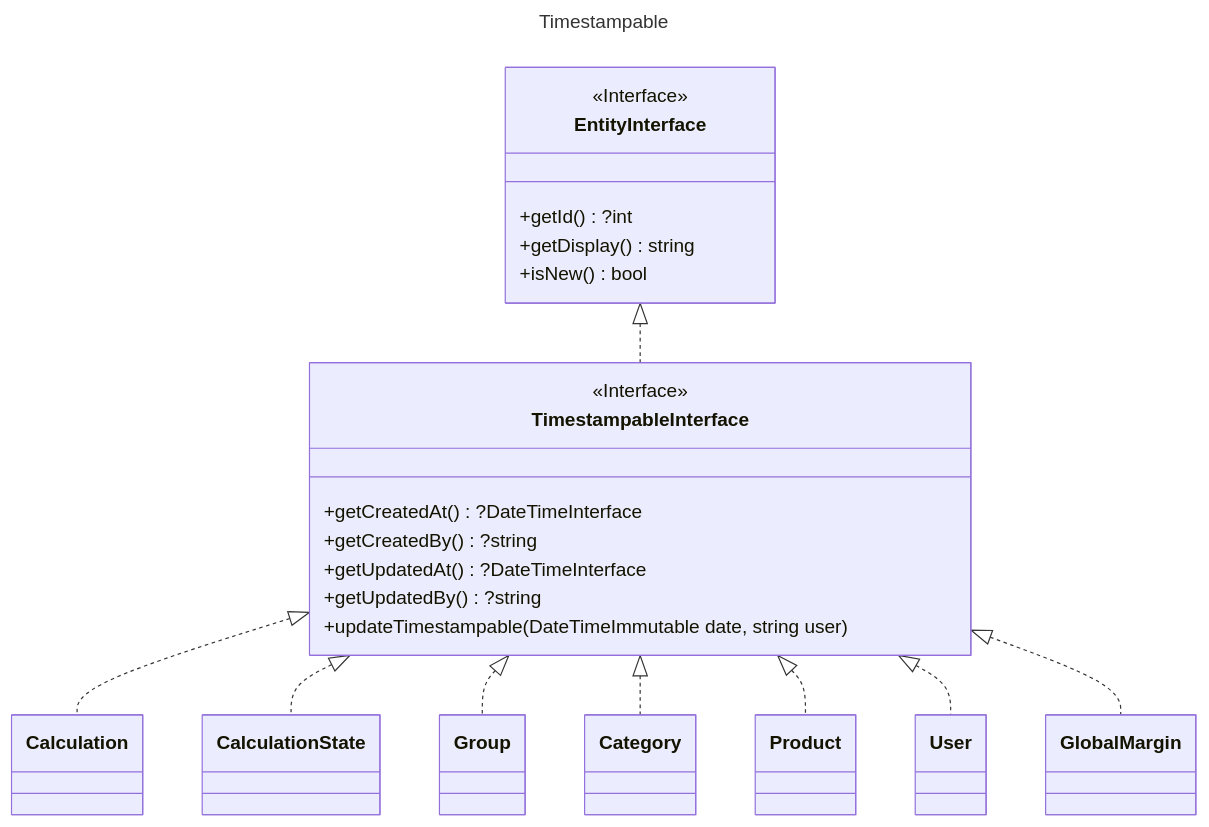
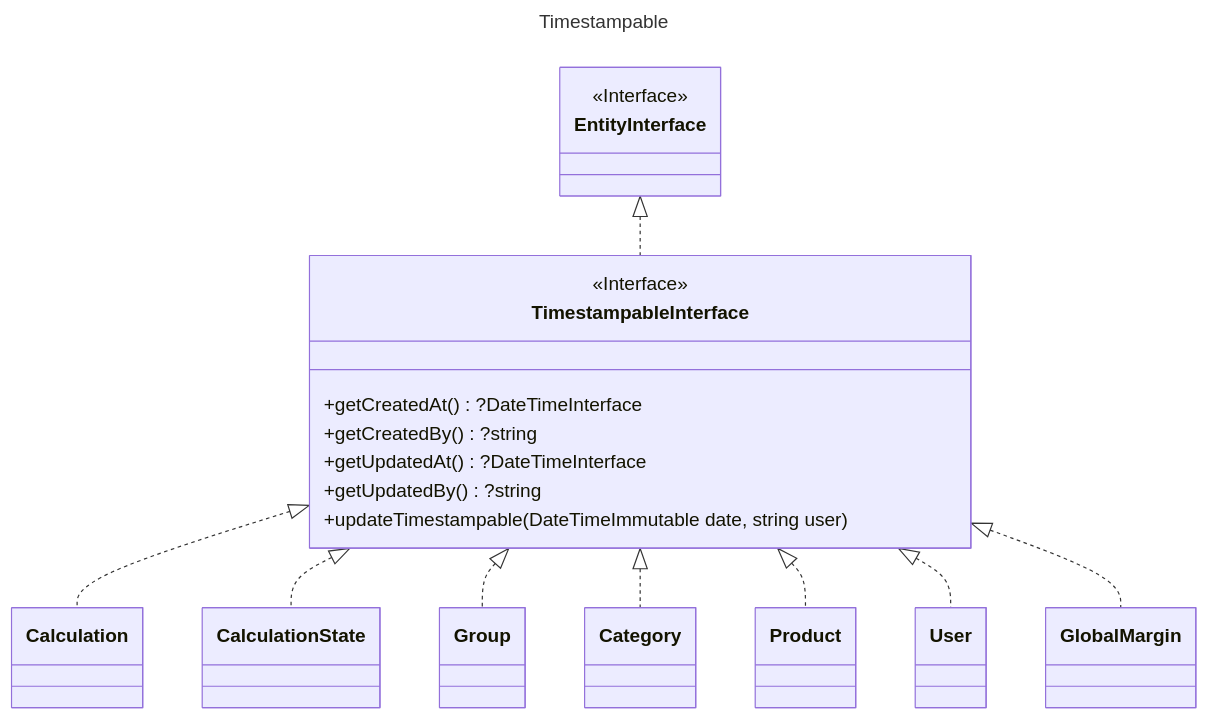
Before and after one commit to laurentmuller/calculation: the diagram in resources/diagram/time_stampable.mmd, drawn with Mermaid. The commit also changed 19 other files, not shown here.

Commit message:
Updated CSS and JS diagram.

```diff
--- a/resources/diagram/time_stampable.mmd
+++ b/resources/diagram/time_stampable.mmd
@@ -1,54 +1,51 @@
 ---
 title: Timestampable
 ---
 
 classDiagram
     direction TB
 
     class EntityInterface {
         <<Interface>>
-        +getId() ?int
-        +getDisplay() string
-        +isNew() bool
     }
 
     class TimestampableInterface {
         <<Interface>>
         +getCreatedAt() ?DateTimeInterface
         +getCreatedBy() ?string
         +getUpdatedAt() ?DateTimeInterface
         +getUpdatedBy() ?string
         +updateTimestampable(DateTimeImmutable date, string user)
     }
 
     class Calculation {
     }
     class CalculationState {
     }
     class Category {
     }
     class Group {
     }
     class Product {
     }
     class User {
     }
     class GlobalMargin {
     }
 
     EntityInterface <|.. TimestampableInterface
     TimestampableInterface <|.. Calculation
     TimestampableInterface <|.. CalculationState
     TimestampableInterface <|.. Group
     TimestampableInterface <|.. Category
     TimestampableInterface <|.. Product
     TimestampableInterface <|.. User
     TimestampableInterface <|.. GlobalMargin
 
     click EntityInterface call nodeCallback()
     click Calculation call nodeCallback()
     click CalculationState call nodeCallback()
     click Group call nodeCallback()
     click Category call nodeCallback()
     click Product call nodeCallback()
     click User call nodeCallback()
```
